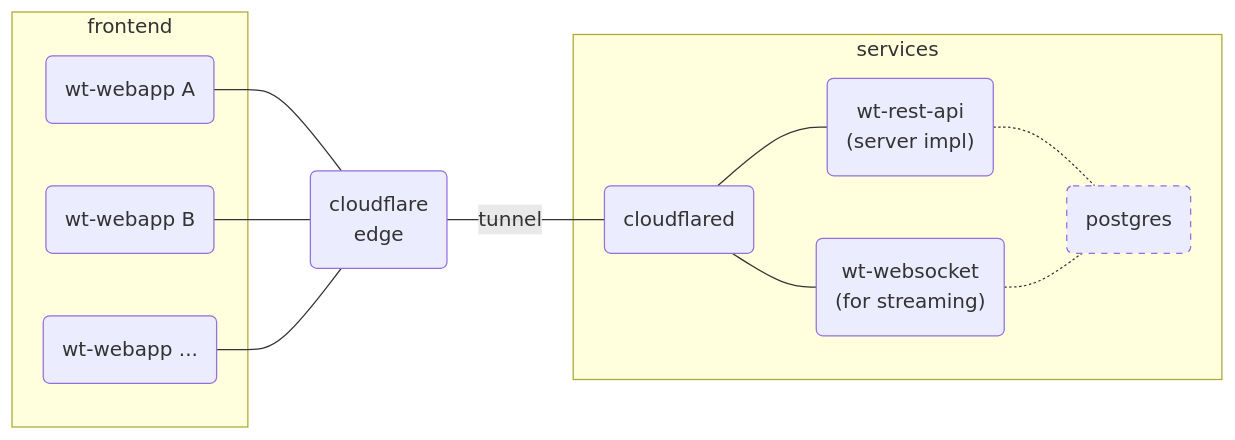
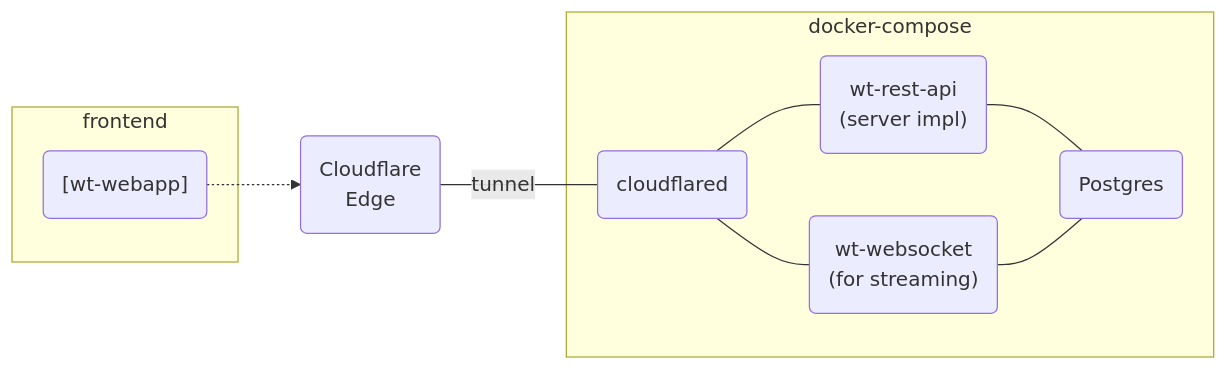
One commit to whisperpine/walkie-talkie changed the second of 3 diagrams in README.md. Above: the diagram before and after it, drawn with Mermaid. The commit also changed other lines of this file, not shown here.

````diff
--- a/README.md
+++ b/README.md
@@ -12,33 +59,25 @@
 ```mermaid
 flowchart LR
   subgraph frontend
-    webapp_a("wt-webapp A")
-    webapp_b("wt-webapp B")
-    webapp_c("wt-webapp ...")
+    webapp("[wt-webapp]")
   end
 
-
-  cfgate("cloudflare<br>edge")
-
-  webapp_a --- cfgate
-  webapp_b --- cfgate
-  webapp_c --- cfgate
-
+  cfgate("Cloudflare<br>Edge")
+  webapp -.-> cfgate
   cfgate ---|tunnel| cfd
 
-  subgraph services
+  subgraph docker-compose
     cfd("cloudflared")
     wc("wt-websocket<br>(for streaming)")
     restapi("wt-rest-api<br>(server impl)")
-    db("postgres")
+    db("Postgres")
     cfd --- wc
     cfd --- restapi
-    restapi -.- db
-    wc -.- db
+    restapi --- db
+    wc --- db
   end
-
 
   %% db("database")
   %% services -.- db
-  style db stroke-dasharray: 5
+  %% style db stroke-dasharray: 5
 ```
````
